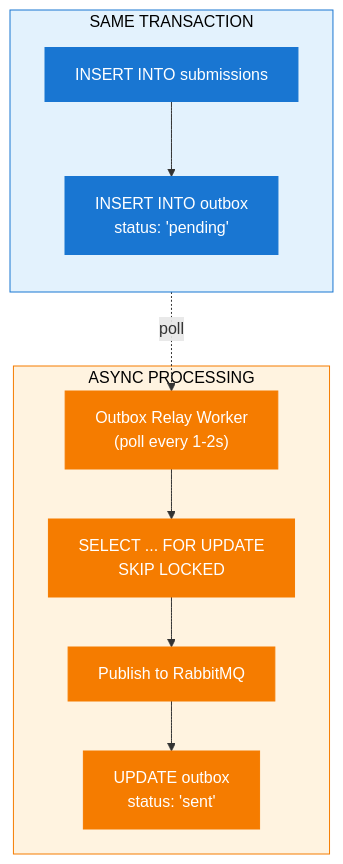
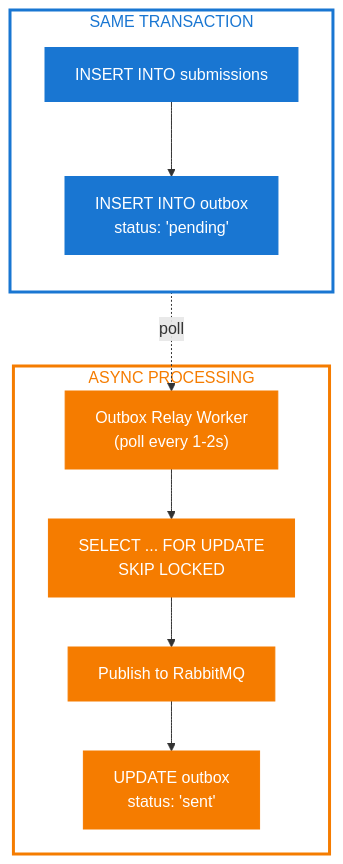
The sixth of 12 diagrams in docs/capstone/diagrams/flow-diagrams.vi.md (nghyane/VSTEP), drawn with Mermaid before and after one commit. The commit also changed other lines of this file, not shown here.

````diff
--- a/docs/capstone/diagrams/flow-diagrams.vi.md
+++ b/docs/capstone/diagrams/flow-diagrams.vi.md
@@ -340,32 +340,32 @@
 ```mermaid
 flowchart TB
     subgraph Transaction["SAME TRANSACTION"]
         direction TB
         Sub["INSERT INTO submissions"]
         Outbox["INSERT INTO outbox\nstatus: 'pending'"]
     end
 
     subgraph Async["ASYNC PROCESSING"]
         Relay["Outbox Relay Worker\n(poll every 1-2s)"]
         Lock["SELECT ... FOR UPDATE\nSKIP LOCKED"]
         Publish["Publish to RabbitMQ"]
         Confirm["UPDATE outbox\nstatus: 'sent'"]
     end
 
     Sub --> Outbox
     Outbox -.->|"poll"| Relay --> Lock --> Publish --> Confirm
 
     %% Nodes
     classDef trans fill:#1976d2,stroke:#1976d2,color:#fff
     classDef async fill:#f57c00,stroke:#f57c00,color:#fff
 
     %% Boxes
-    classDef transBox fill:#e3f2fd,stroke:#1976d2,color:#000
-    classDef asyncBox fill:#fff3e0,stroke:#f57c00,color:#000
+    classDef transBox fill:none,stroke:#1976d2,stroke-width:3px,color:#1976d2
+    classDef asyncBox fill:none,stroke:#f57c00,stroke-width:3px,color:#f57c00
 
     class Transaction transBox
     class Async asyncBox
 
     class Sub,Outbox trans
     class Relay,Lock,Publish,Confirm async
 ```
````
